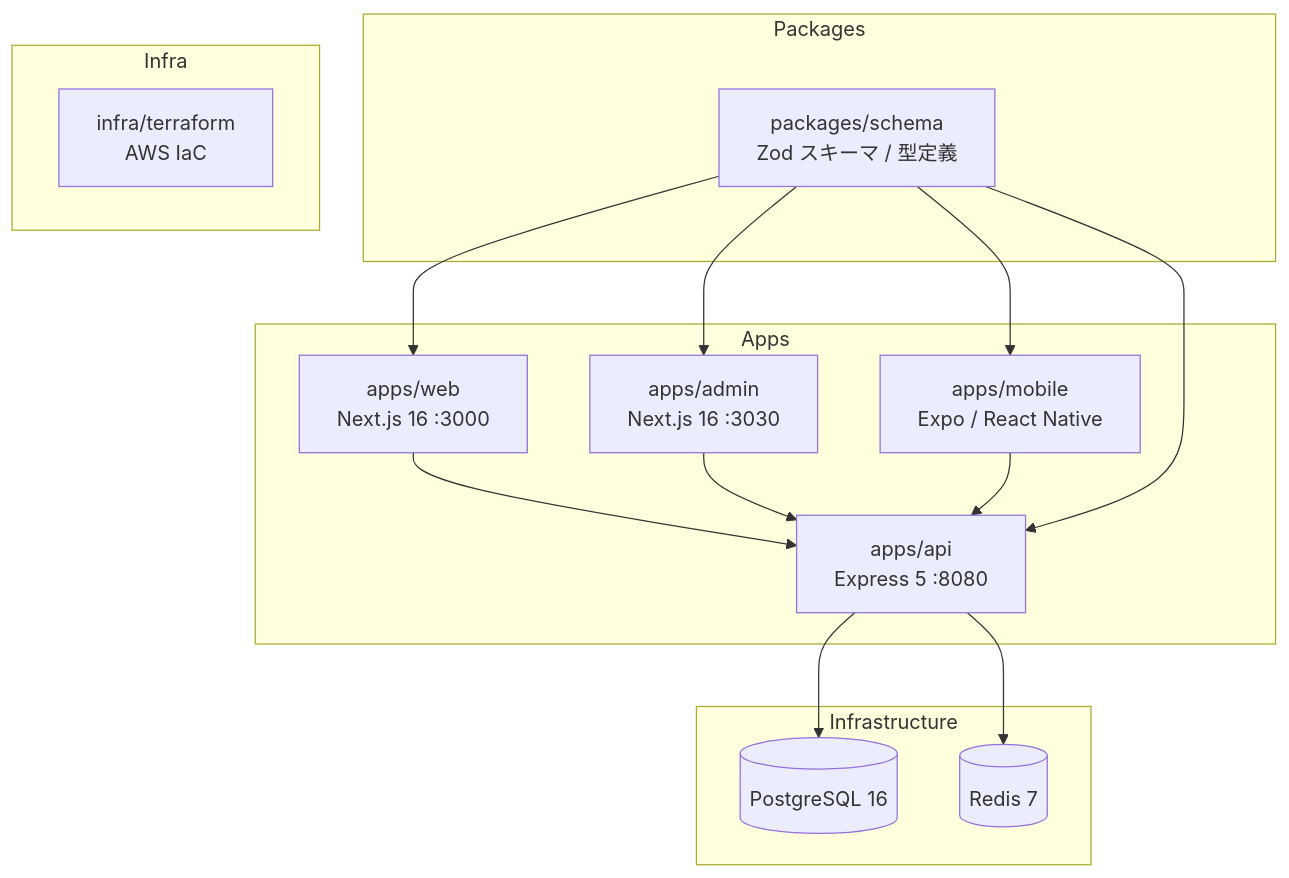
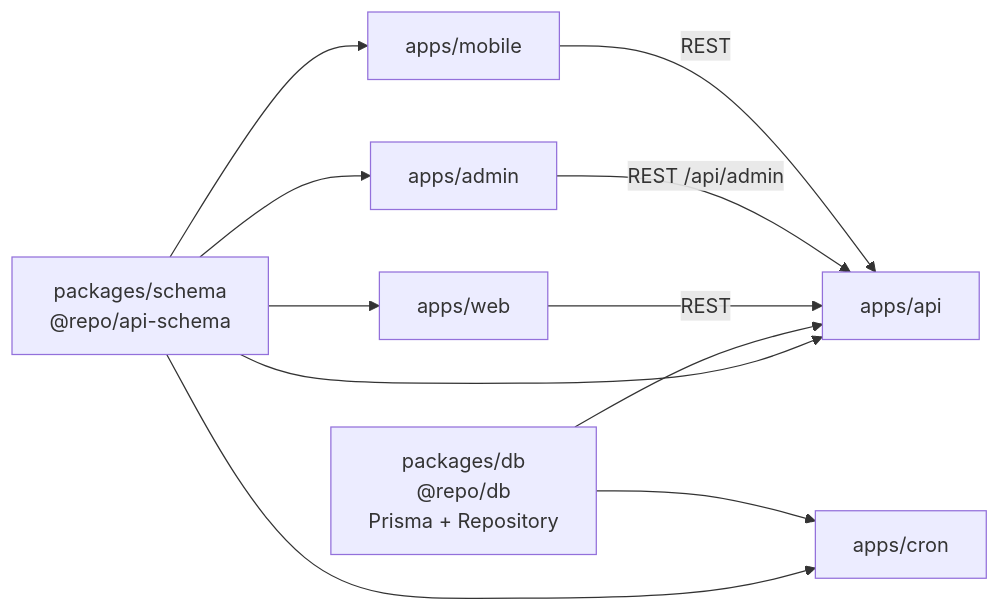
One commit to kentakki416/typing-royale changed the first of 2 diagrams in README.md. Above: the diagram before and after it, drawn with Mermaid. The commit also changed other lines of this file and 18 other files, not shown here.

First line of the commit message:
refactor: apps/crawler を apps/cron にリネームし実体に揃える

````diff
--- a/README.md
+++ b/README.md
@@ -33,32 +68,18 @@
 ```mermaid
-graph TB
-    subgraph Apps
-        Web["apps/web<br/>Next.js 16 :3000"]
-        Admin["apps/admin<br/>Next.js 16 :3030"]
-        Mobile["apps/mobile<br/>Expo / React Native"]
-        API["apps/api<br/>Express 5 :8080"]
-    end
+graph LR
+    Schema["packages/schema<br/>@repo/api-schema"]
+    DB["packages/db<br/>@repo/db<br/>Prisma + Repository"]
 
-    subgraph Packages
-        Schema["packages/schema<br/>Zod スキーマ / 型定義"]
-    end
+    Schema --> Web["apps/web"]
+    Schema --> Admin["apps/admin"]
+    Schema --> Mobile["apps/mobile"]
+    Schema --> API["apps/api"]
+    Schema --> Cron["apps/cron"]
 
-    subgraph Infra
-        Terraform["infra/terraform<br/>AWS IaC"]
-    end
+    DB --> API
+    DB --> Cron
 
-    subgraph Infrastructure
-        PostgreSQL[(PostgreSQL 16)]
-        Redis[(Redis 7)]
-    end
-
-    Web --> API
-    Admin --> API
-    Mobile --> API
-    API --> PostgreSQL
-    API --> Redis
-    Schema --> Web
-    Schema --> Admin
-    Schema --> Mobile
-    Schema --> API
+    Web -->|REST| API
+    Admin -->|REST /api/admin| API
+    Mobile -->|REST| API
 ```
````
